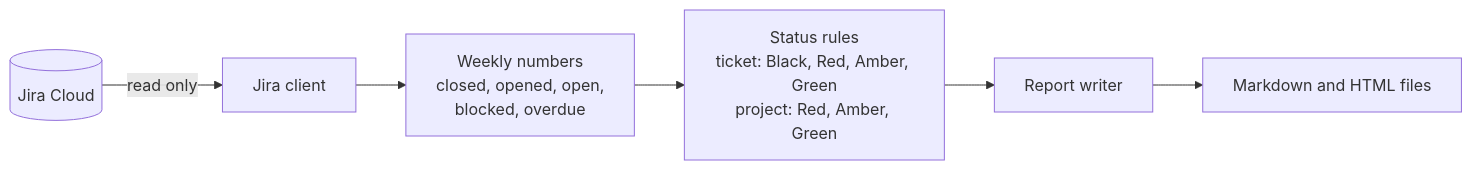
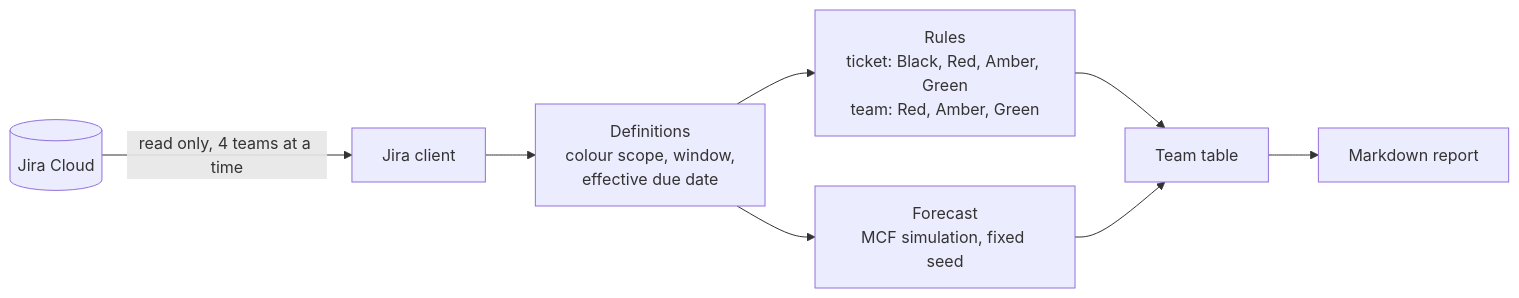
The diagram in README.md (aswinguruswamy/status-report-generator), drawn with Mermaid before and after one commit. The commit also changed other lines of this file and 31 other files, not shown here.

First line of the commit message:
S8: Portfolio Markdown report; v1 weekly report removed (#48)

````diff
--- a/README.md
+++ b/README.md
@@ -39,8 +44,10 @@
 ```mermaid
 flowchart LR
-    J[(Jira Cloud)] -->|read only| C[Jira client]
-    C --> M[Weekly numbers<br/>closed, opened, open,<br/>blocked, overdue]
-    M --> R[Status rules<br/>ticket: Black, Red, Amber, Green<br/>project: Red, Amber, Green]
-    R --> W[Report writer]
-    W --> F[Markdown and HTML files]
+    J[(Jira Cloud)] -->|read only, 4 teams at a time| C[Jira client]
+    C --> D[Definitions<br/>colour scope, window,<br/>effective due date]
+    D --> R[Rules<br/>ticket: Black, Red, Amber, Green<br/>team: Red, Amber, Green]
+    D --> F[Forecast<br/>MCF simulation, fixed seed]
+    R --> T[Team table]
+    F --> T
+    T --> M[Markdown report]
 ```
````
